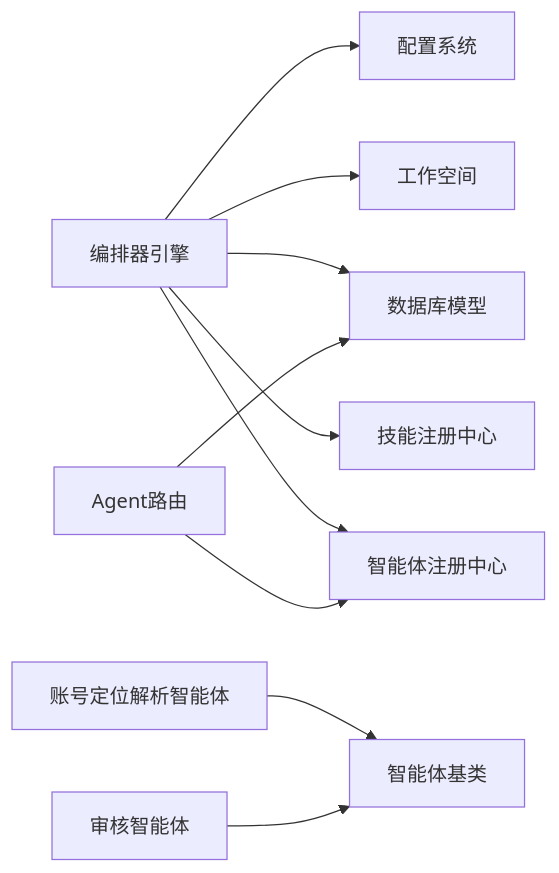
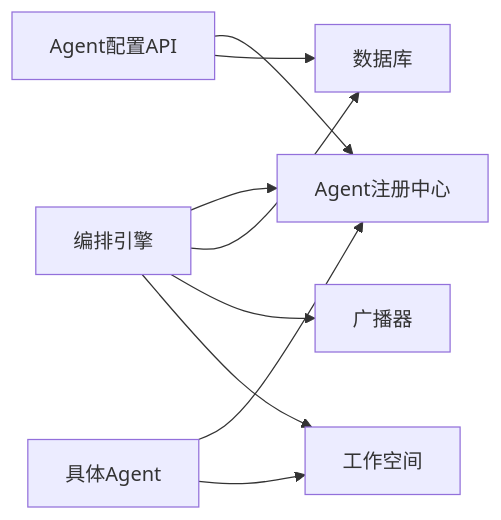
One commit to sansansansansan2022-web/hotclaw changed the seventh of 7 diagrams in .qoder/repowiki/zh/content/智能体系统/智能体系统.md. Above: the diagram before and after it, drawn with Mermaid. The commit also changed other lines of this file and 288 other files, not shown here.

````diff
--- a/.qoder/repowiki/zh/content/智能体系统/智能体系统.md
+++ b/.qoder/repowiki/zh/content/智能体系统/智能体系统.md
@@ -351,12 +463,11 @@
 ```mermaid
 graph LR
-Engine["编排器引擎"] --> RegA["智能体注册中心"]
-Engine --> RegS["技能注册中心"]
+Engine["编排引擎"] --> Registry["Agent注册中心"]
+Engine --> DB["数据库"]
+Engine --> Broad["广播器"]
 Engine --> WS["工作空间"]
-Engine --> DB["数据库模型"]
-Engine --> CFG["配置系统"]
-API["Agent路由"] --> RegA
+API["Agent配置API"] --> Registry
 API --> DB
-PAgent["账号定位解析智能体"] --> Base["智能体基类"]
-AuAgent["审核智能体"] --> Base
+Agent["具体Agent"] --> Registry
+Agent --> WS
 ```
````
